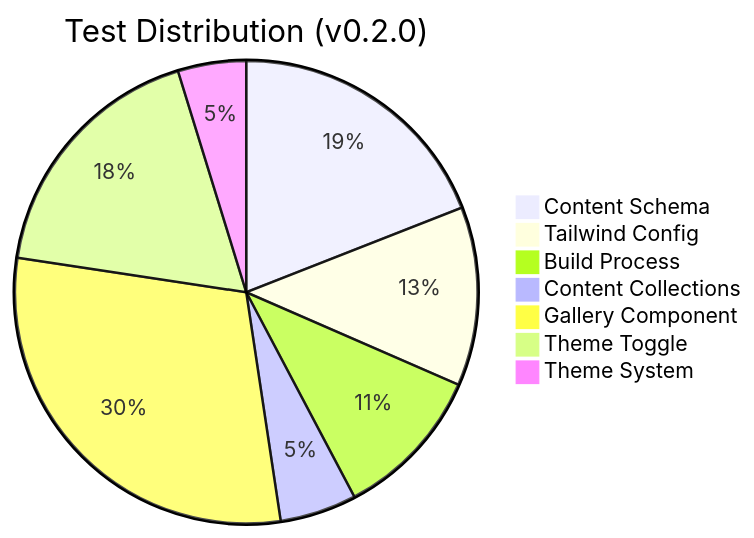
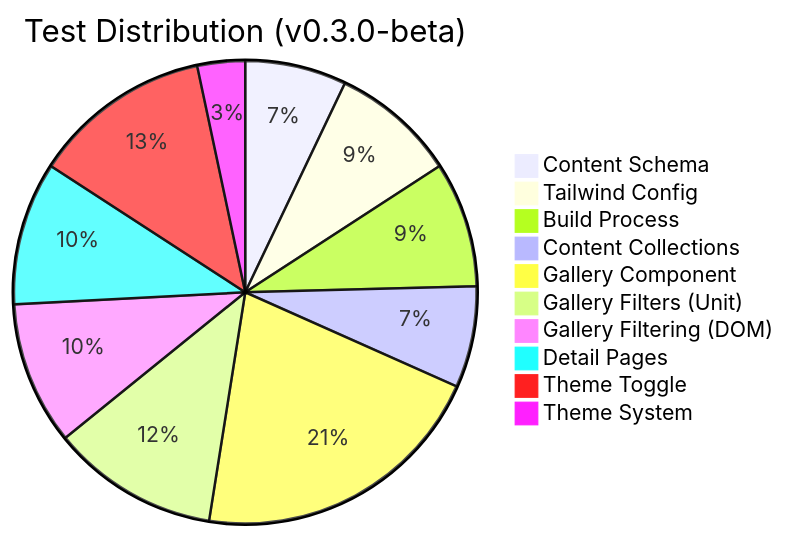
Before and after one commit to nice-and-precise/mol-art-portfolio: the second of 5 diagrams in PROJECT_STATUS.md, drawn with Mermaid. The commit also changed other lines of this file, not shown here.

````diff
--- a/PROJECT_STATUS.md
+++ b/PROJECT_STATUS.md
@@ -166,10 +171,13 @@
 ```mermaid
-pie title Test Distribution (v0.2.0)
-    "Content Schema" : 32
+pie title Test Distribution (v0.3.0-beta)
+    "Content Schema" : 17
     "Tailwind Config" : 21
-    "Build Process" : 18
-    "Content Collections" : 9
+    "Build Process" : 21
+    "Content Collections" : 17
     "Gallery Component" : 50
+    "Gallery Filters (Unit)" : 28
+    "Gallery Filtering (DOM)" : 24
+    "Detail Pages" : 24
     "Theme Toggle" : 30
     "Theme System" : 8
 ```
````
